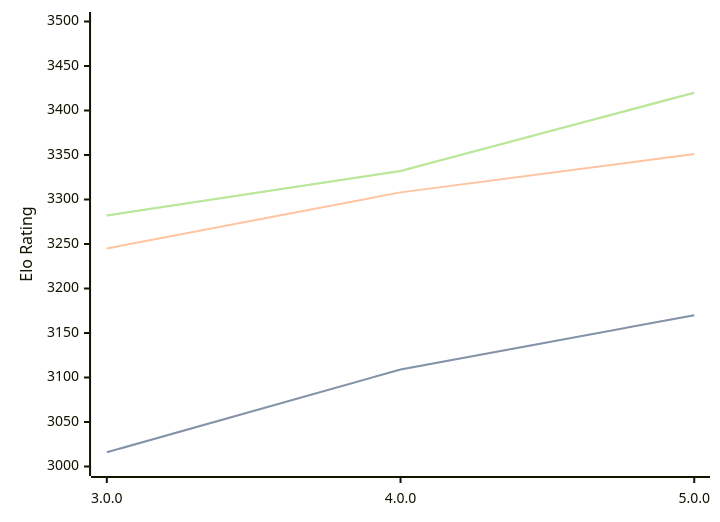
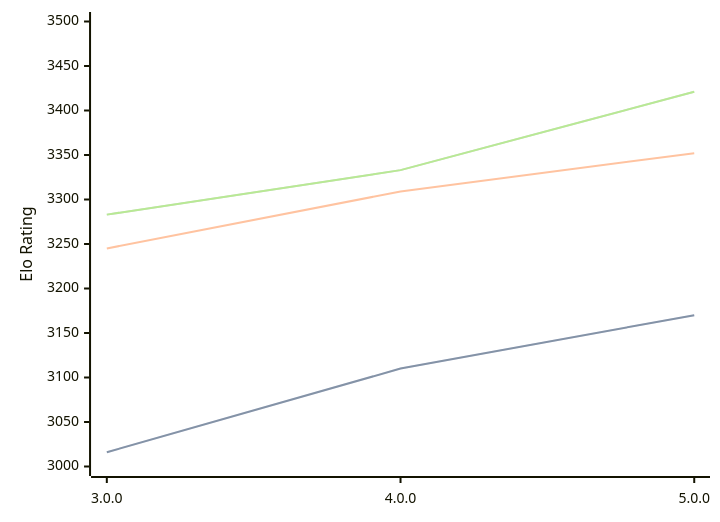
The diagram in engines/Minke.md (computer-chess-index/cci), drawn with Mermaid before and after one commit. The commit also changed other lines of this file, not shown here.

Commit message:
Update CCI Ratings (ELO VLTC) - 2026-04-24

````diff
--- a/engines/Minke.md
+++ b/engines/Minke.md
@@ -35,11 +35,11 @@
 ```mermaid
 %%{init: {"theme":"base","themeVariables":{"seriesColors:['#a3a3a3','#222221','#faa371']}}}%%
 xychart-beta
   x-axis ["3.0.0", "4.0.0", "5.0.0"]
   y-axis "Elo Rating" 3000 --> 3500
-  line "STC (8.0+0.08s)" [3016, 3109, 3170]
-  line "STC (8.0+0.08s)" [3016, 3109, 3170]
-  line "LTC (60.0+0.60s)" [3245, 3308, 3351]
-  line "VLTC (2m24s+1.12s)" [3282, 3332, 3420]
-  line "VLTC (2m24s+1.12s)" [3282, 3332, 3420]
+  line "STC (8.0+0.08s)" [3016, 3110, 3170]
+  line "STC (8.0+0.08s)" [3016, 3110, 3170]
+  line "LTC (60.0+0.60s)" [3245, 3309, 3352]
+  line "VLTC (2m24s+1.12s)" [3283, 3333, 3421]
+  line "VLTC (2m24s+1.12s)" [3283, 3333, 3421]
 ```
````
